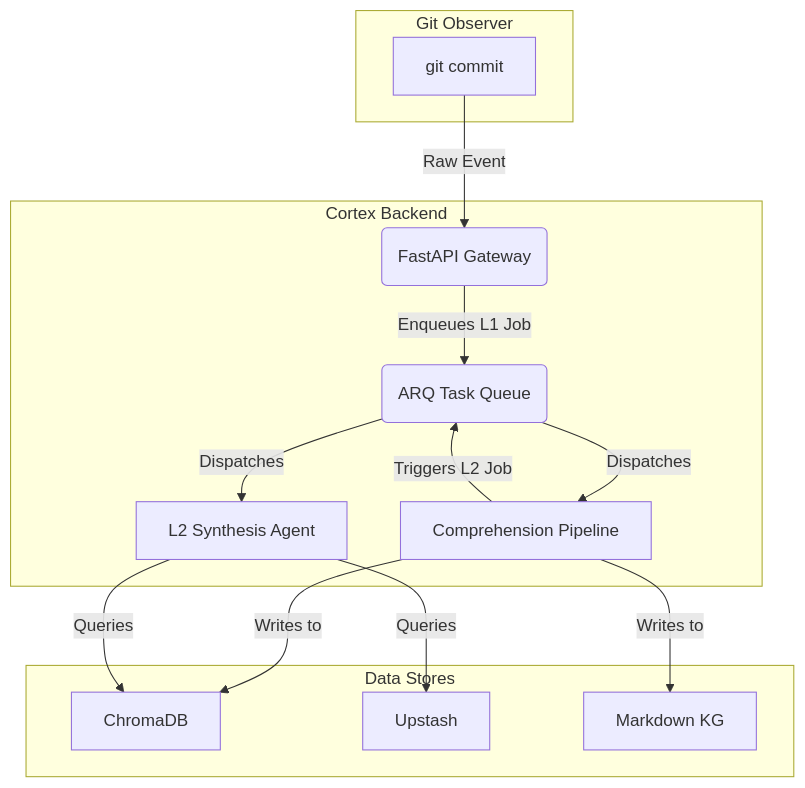
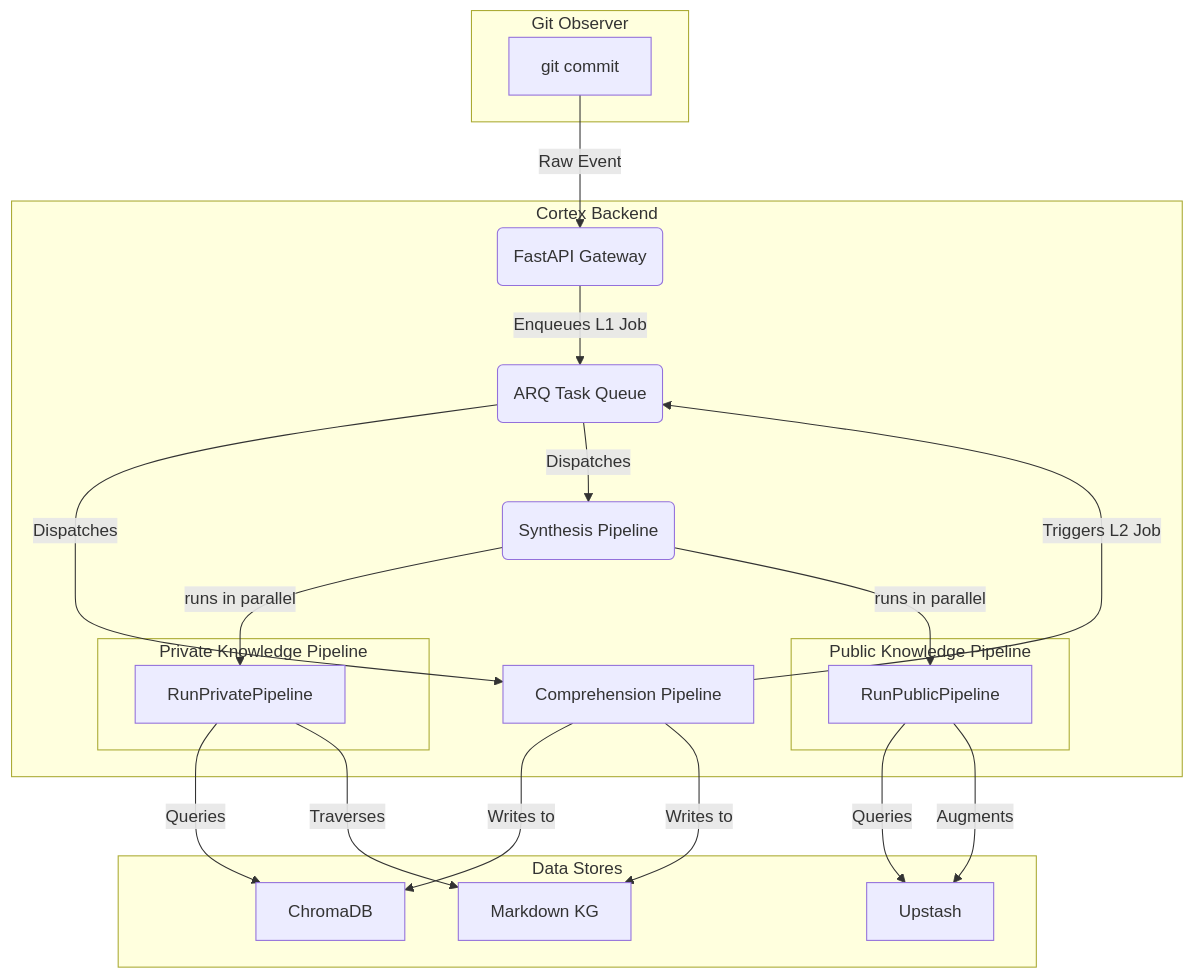
Before and after one commit to Itish2003/Cortex_Mentor: the second of 6 diagrams in docs/architecture.md, drawn with Mermaid. The commit also changed other lines of this file and 10 other files, not shown here.

First line of the commit message:
feat(pipelines): implement parallel processing and knowledge graph traversal

````diff
--- a/docs/architecture.md
+++ b/docs/architecture.md
@@ -151,29 +150,39 @@
 ```mermaid
 graph TD
     subgraph "Git Observer"
         A[git commit]
     end
 
     subgraph "Cortex Backend"
         B(FastAPI Gateway)
         C(ARQ Task Queue)
         P[Comprehension Pipeline]
-        E[L2 Synthesis Agent]
+        S(Synthesis Pipeline)
+        subgraph "Private Knowledge Pipeline"
+            PKP[RunPrivatePipeline]
+        end
+        subgraph "Public Knowledge Pipeline"
+            PUBP[RunPublicPipeline]
+        end
     end
 
     subgraph "Data Stores"
         F[ChromaDB]
         G[Upstash]
         H[Markdown KG]
     end
 
     A -- Raw Event --> B
     B -- Enqueues L1 Job --> C
     C -- Dispatches --> P
     P -- Writes to --> F
     P -- Writes to --> H
     P -- Triggers L2 Job --> C
-    C -- Dispatches --> E
-    E -- Queries --> F
-    E -- Queries --> G
+    C -- Dispatches --> S
+    S -- runs in parallel --> PKP
+    S -- runs in parallel --> PUBP
+    PKP -- Queries --> F
+    PKP -- Traverses --> H
+    PUBP -- Queries --> G
+    PUBP -- Augments --> G
 ```
````
